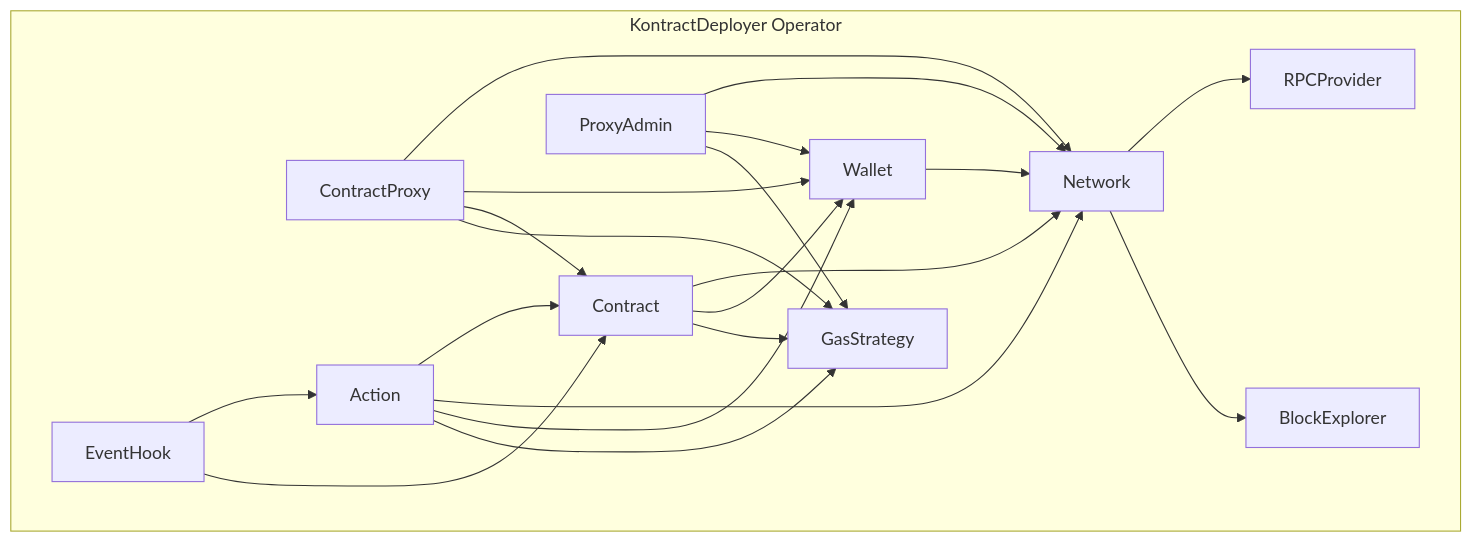
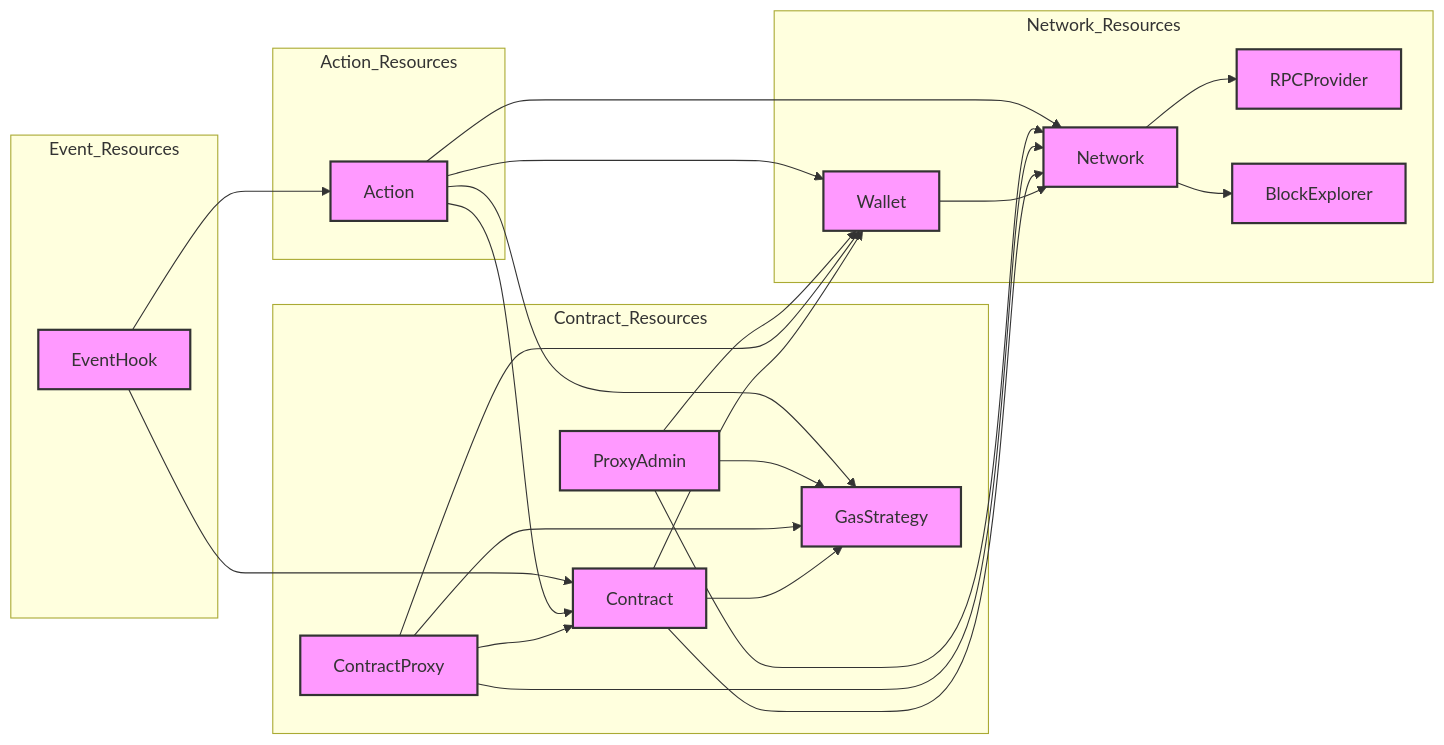
Before and after one commit to expedio-blockchain/Kontract: the diagram in README.md, drawn with Mermaid.

Commit message:
add diagram

````diff
--- a/README.md
+++ b/README.md
@@ -23,24 +23,49 @@
 ```mermaid
-graph TB
-    subgraph KontractDeployer Operator
+graph LR
+    %% Define the style for better looking arrows
+    classDef default fill:#f9f,stroke:#333,stroke-width:2px;
+
+    %% Grouping related resources in subgraphs
+    subgraph Network_Resources
         Network --> RPCProvider
         Network --> BlockExplorer
         Wallet --> Network
+    end
+
+    subgraph Contract_Resources
         Contract --> Network
         Contract --> Wallet
         Contract --> GasStrategy
         ContractProxy --> Network
         ContractProxy --> Wallet
         ContractProxy --> Contract
         ContractProxy --> GasStrategy
         ProxyAdmin --> Network
         ProxyAdmin --> Wallet
         ProxyAdmin --> GasStrategy
+    end
+
+    subgraph Action_Resources
         Action --> Contract
         Action --> Network
         Action --> Wallet
         Action --> GasStrategy
+    end
+
+    subgraph Event_Resources
         EventHook --> Action
         EventHook --> Contract
     end
+
+    %% Adding clickable links with descriptions
+    click RPCProvider href "https://example.com" "Managed RPC provider for blockchain interaction"
+    click BlockExplorer href "https://example.com" "Block explorer service for retrieving blockchain data"
+    click Network href "https://example.com" "Represents a specific blockchain network"
+    click Wallet href "https://example.com" "Manages cryptographic keys for transactions"
+    click Contract href "https://example.com" "Represents a smart contract for deployment"
+    click ContractProxy href "https://example.com" "Proxy contract for upgrading smart contracts"
+    click ProxyAdmin href "https://example.com" "Administers upgrades for proxy contracts"
+    click Action href "https://example.com" "Performs operations on blockchain resources"
+    click EventHook href "https://example.com" "Triggers actions based on blockchain events"
+    click GasStrategy href "https://example.com" "Defines gas price strategies for transactions"
 ```
````
